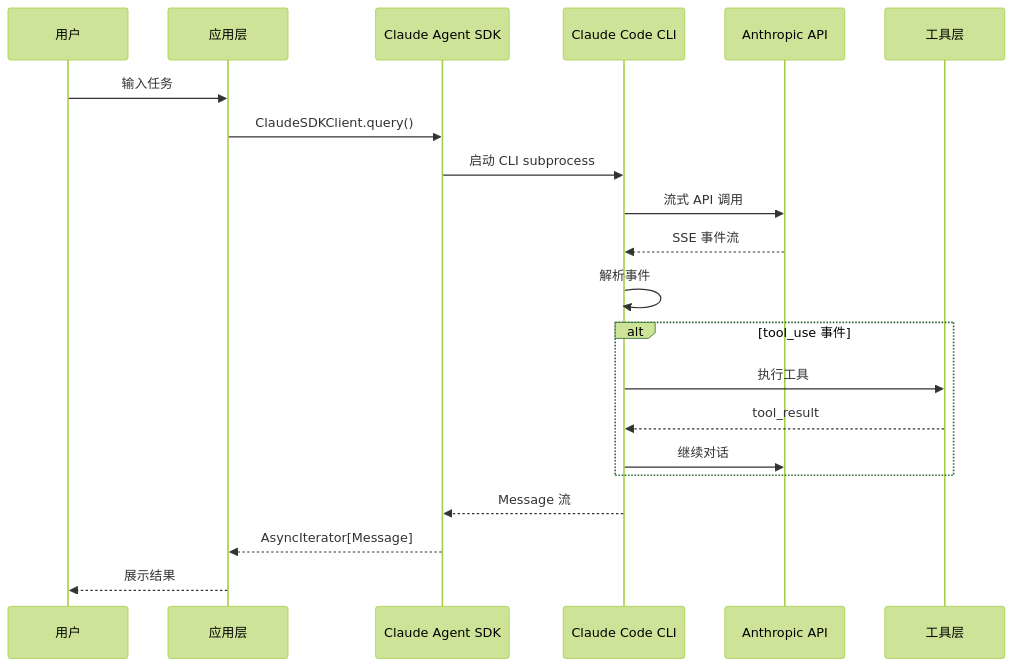
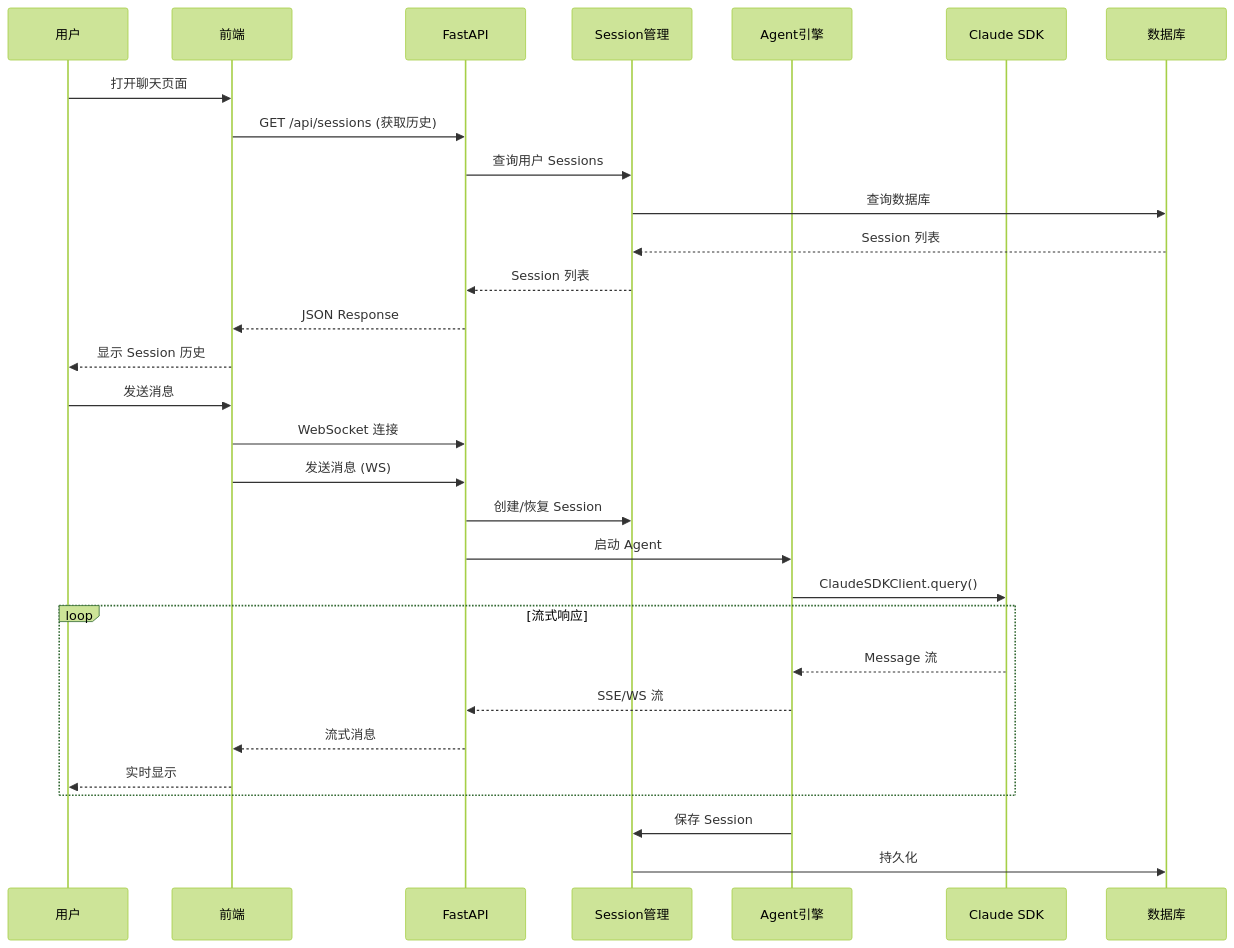
The third of 4 diagrams in agent/agent_project_design.md (xiaocaipi/mm-doc), drawn with Mermaid (forest theme) before and after one commit. The commit also changed other lines of this file, not shown here.

````diff
--- a/agent/agent_project_design.md
+++ b/agent/agent_project_design.md
@@ -159,27 +204,36 @@
 ```mermaid
 sequenceDiagram
     participant User as 用户
-    participant App as 应用层
-    participant SDK as Claude Agent SDK
-    participant CLI as Claude Code CLI
-    participant API as Anthropic API
-    participant Tools as 工具层
+    participant Frontend as 前端
+    participant API as FastAPI
+    participant SessionMgr as Session管理
+    participant Agent as Agent引擎
+    participant SDK as Claude SDK
+    participant DB as 数据库
 
-    User->>App: 输入任务
-    App->>SDK: ClaudeSDKClient.query()
-    SDK->>CLI: 启动 CLI subprocess
-    CLI->>API: 流式 API 调用
+    User->>Frontend: 打开聊天页面
+    Frontend->>API: GET /api/sessions (获取历史)
+    API->>SessionMgr: 查询用户 Sessions
+    SessionMgr->>DB: 查询数据库
+    DB-->>SessionMgr: Session 列表
+    SessionMgr-->>API: Session 列表
+    API-->>Frontend: JSON Response
+    Frontend-->>User: 显示 Session 历史
 
-    API-->>CLI: SSE 事件流
-    CLI->>CLI: 解析事件
-
-    alt tool_use 事件
-        CLI->>Tools: 执行工具
-        Tools-->>CLI: tool_result
-        CLI->>API: 继续对话
+    User->>Frontend: 发送消息
+    Frontend->>API: WebSocket 连接
+    Frontend->>API: 发送消息 (WS)
+    API->>SessionMgr: 创建/恢复 Session
+    API->>Agent: 启动 Agent
+    Agent->>SDK: ClaudeSDKClient.query()
+    
+    loop 流式响应
+        SDK-->>Agent: Message 流
+        Agent-->>API: SSE/WS 流
+        API-->>Frontend: 流式消息
+        Frontend-->>User: 实时显示
     end
-
-    CLI-->>SDK: Message 流
-    SDK-->>App: AsyncIterator[Message]
-    App-->>User: 展示结果
+    
+    Agent->>SessionMgr: 保存 Session
+    SessionMgr->>DB: 持久化
 ```
````
